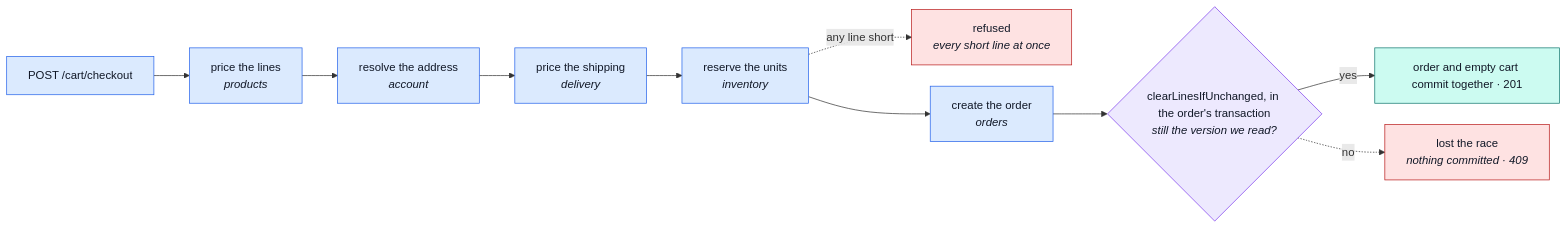
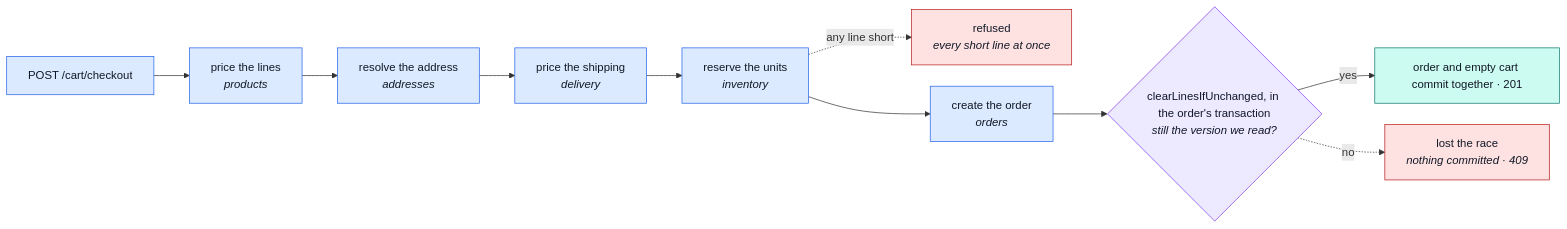
The third of 3 diagrams in docs/modules/cart.md (Guebbit/boilerplate-node-backend), drawn with Mermaid before and after one commit. The commit also changed other lines of this file and 130 other files, not shown here.

````diff
--- a/docs/modules/cart.md
+++ b/docs/modules/cart.md
@@ -158,22 +160,22 @@
 ```mermaid
 %%{init: {'flowchart': {'nodeSpacing': 30, 'rankSpacing': 50}}}%%
 flowchart LR
     A["POST /cart/checkout"] --> B["price the lines<br/><i>products</i>"]
-    B --> C["resolve the address<br/><i>account</i>"]
+    B --> C["resolve the address<br/><i>addresses</i>"]
     C --> D["price the shipping<br/><i>delivery</i>"]
     D --> E["reserve the units<br/><i>inventory</i>"]
     E -.->|"any line short"| R["refused<br/><i>every short line at once</i>"]
     E --> F["create the order<br/><i>orders</i>"]
     F --> G{"clearLinesIfUnchanged, in the order's transaction<br/><i>still the version we read?</i>"}
     G -->|yes| H["order and empty cart commit together · 201"]
     G -.->|no| I["lost the race<br/><i>nothing committed · 409</i>"]
 
     classDef step fill:#dbeafe,stroke:#2563eb,color:#111827;
     classDef guard fill:#ede9fe,stroke:#7c3aed,color:#111827;
     classDef done fill:#ccfbf1,stroke:#0f766e,color:#111827;
     classDef bad fill:#fee2e2,stroke:#b91c1c,color:#111827;
     class A,B,C,D,E,F step;
     class G guard;
     class H done;
     class R,I bad;
 ```
````
